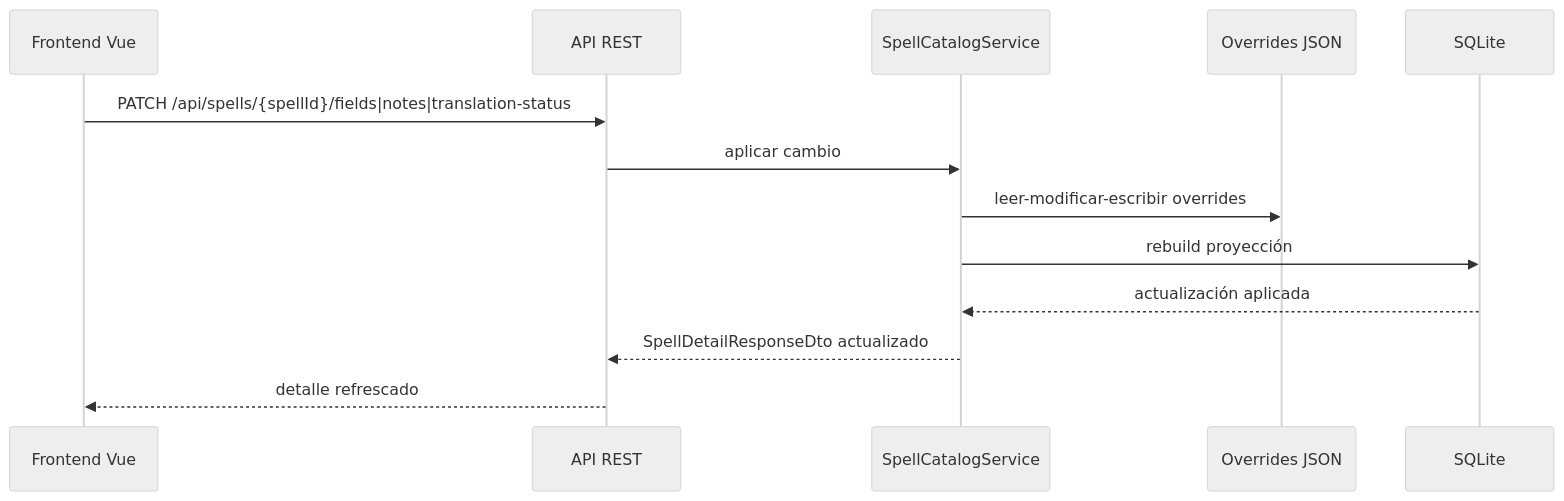
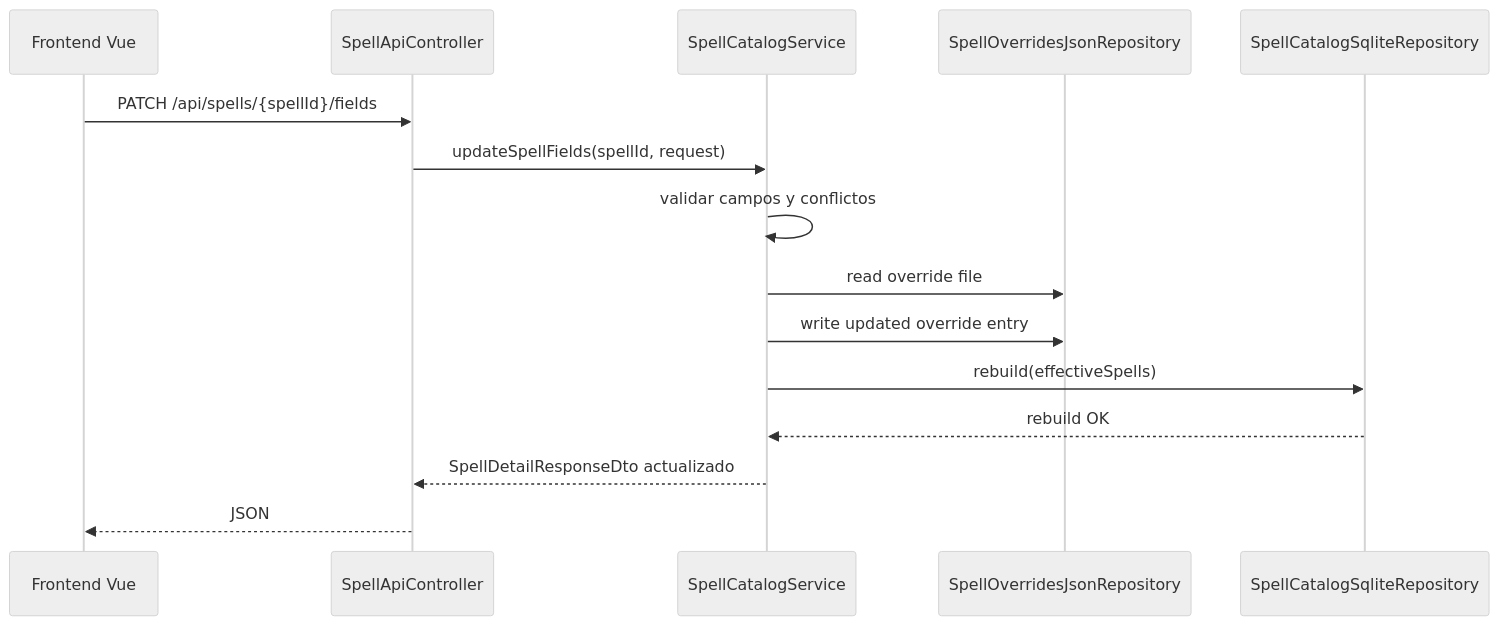
Before and after one commit to albertinizao/Grimorio-Pathfinder: diagram 13 of 18 in docs/09-diagramas-flujos-secuencia.md, drawn with Mermaid (neutral theme). The commit also changed other lines of this file, not shown here.

Commit message:
Expand architecture and flow diagrams documentation

````diff
--- a/docs/09-diagramas-flujos-secuencia.md
+++ b/docs/09-diagramas-flujos-secuencia.md
@@ -64,16 +276,18 @@
 ```mermaid
 sequenceDiagram
   participant UI as Frontend Vue
-  participant API as API REST
-  participant Cat as SpellCatalogService
-  participant Ov as Overrides JSON
-  participant DB as SQLite
+  participant API as SpellApiController
+  participant Service as SpellCatalogService
+  participant Ov as SpellOverridesJsonRepository
+  participant DB as SpellCatalogSqliteRepository
 
-  UI->>API: PATCH /api/spells/{spellId}/fields|notes|translation-status
-  API->>Cat: aplicar cambio
-  Cat->>Ov: leer-modificar-escribir overrides
-  Cat->>DB: rebuild proyección
-  DB-->>Cat: actualización aplicada
-  Cat-->>API: SpellDetailResponseDto actualizado
-  API-->>UI: detalle refrescado
+  UI->>API: PATCH /api/spells/{spellId}/fields
+  API->>Service: updateSpellFields(spellId, request)
+  Service->>Service: validar campos y conflictos
+  Service->>Ov: read override file
+  Service->>Ov: write updated override entry
+  Service->>DB: rebuild(effectiveSpells)
+  DB-->>Service: rebuild OK
+  Service-->>API: SpellDetailResponseDto actualizado
+  API-->>UI: JSON
 ```
````
